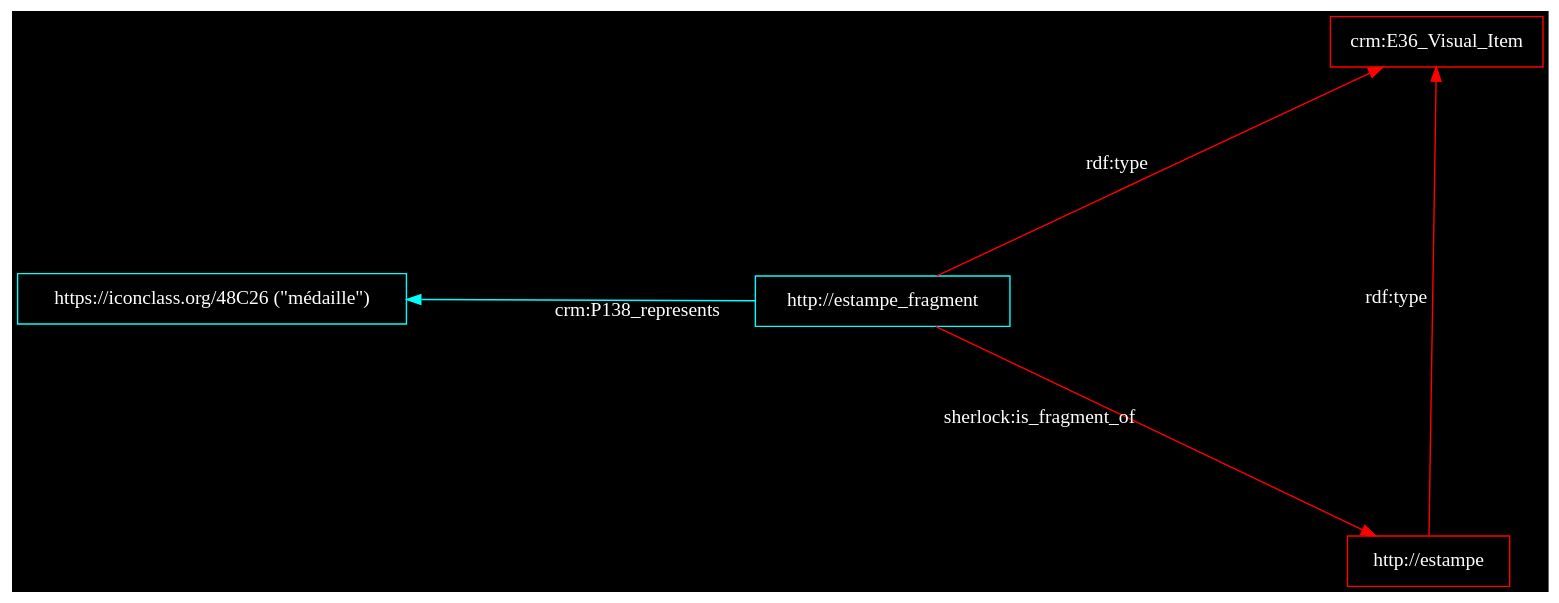
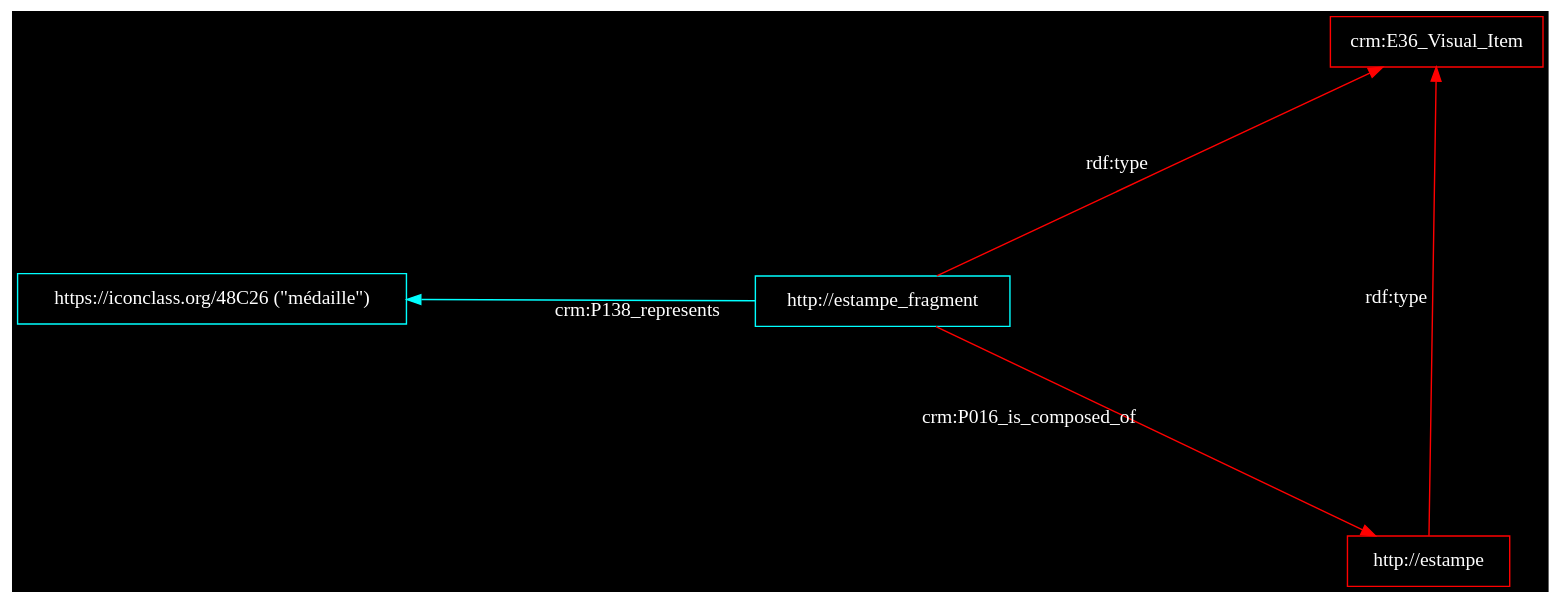
Before and after one commit to Amleth/communications: the diagram in out/2022.12.16_CM2-RMN-ontologies/dotfile_21cde522-7773-4b93-9f01-36b0cf701858.dot, drawn with Graphviz. The commit also changed 209 other files, not shown here.

```diff
--- a/out/2022.12.16_CM2-RMN-ontologies/dotfile_21cde522-7773-4b93-9f01-36b0cf701858.dot
+++ b/out/2022.12.16_CM2-RMN-ontologies/dotfile_21cde522-7773-4b93-9f01-36b0cf701858.dot
@@ -1,19 +1,19 @@
 digraph {
     graph [bgcolor=black]
     rankdir=LR
     node [color=white,fontcolor=white,fontname="American Typewriter",shape=box]
     edge [color=white,fontcolor=white,fontname="American Typewriter"]
     
 
     layout=sfdp
 "http://estampe" [color=red]
 "http://estampe_fragment" [color=red]
 "crm:E36_Visual_Item" [color=red]
 "http://estampe" -> "crm:E36_Visual_Item" [label="rdf:type",color=red]
 "http://estampe_fragment" -> "crm:E36_Visual_Item" [label="rdf:type",color=red]
-"http://estampe_fragment" -> "http://estampe" [label="sherlock:is_fragment_of",color=red]
+"http://estampe_fragment" -> "http://estampe" [label="crm:P016_is_composed_of",color=red]
 
 "http://estampe_fragment" -> "https://iconclass.org/48C26 (\"médaille\")" [label="crm:P138_represents",color=cyan]
 "http://estampe_fragment" [color=cyan]
 "https://iconclass.org/48C26 (\"médaille\")" [color=cyan]
 }
```
